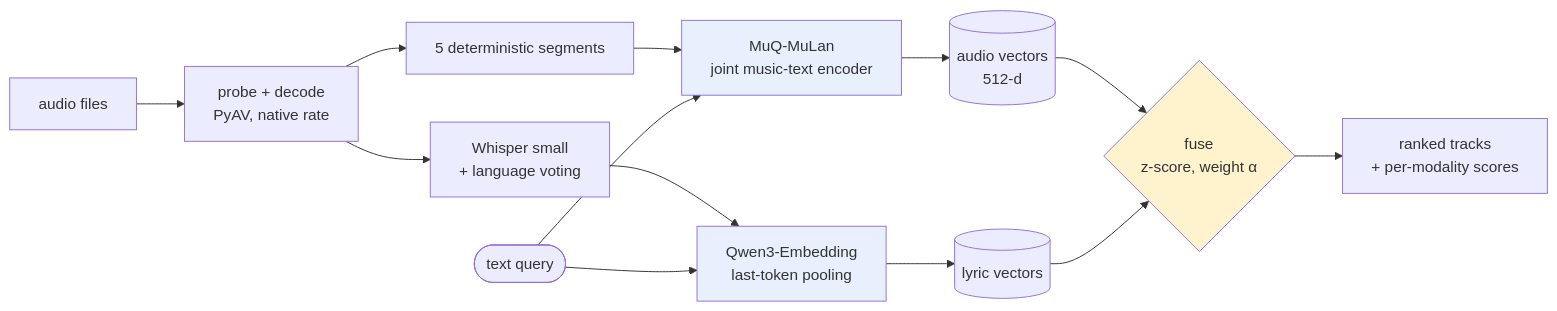
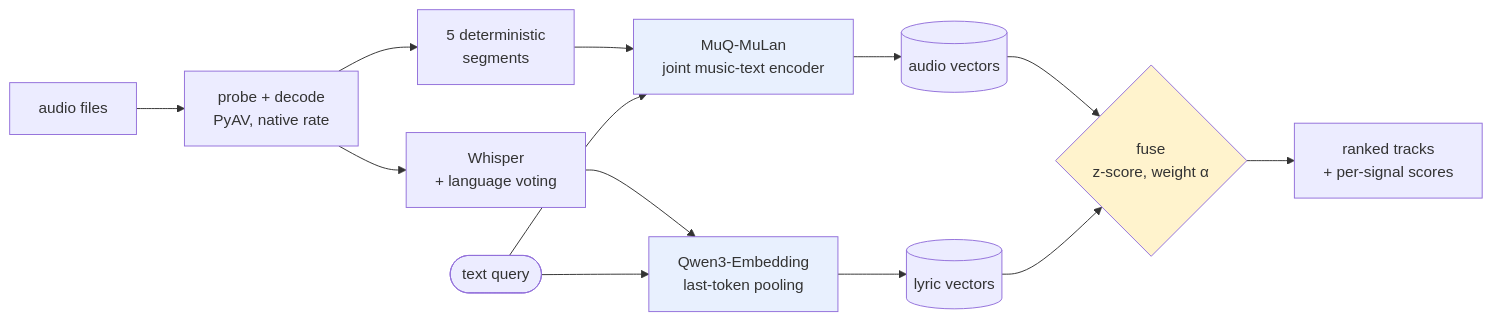
The diagram in README.md (hgn2108/aux), drawn with Mermaid before and after one commit. The commit also changed other lines of this file and 1 other file, not shown here.

````diff
--- a/README.md
+++ b/README.md
@@ -99,22 +115,22 @@
 ```mermaid
 flowchart LR
     A[audio files] --> B[probe + decode<br/>PyAV, native rate]
-    B --> C[5 deterministic segments]
+    B --> C[5 deterministic<br/>segments]
     C --> D[MuQ-MuLan<br/>joint music-text encoder]
-    D --> E[(audio vectors<br/>512-d)]
+    D --> E[(audio vectors)]
 
-    B --> F[Whisper small<br/>+ language voting]
+    B --> F[Whisper<br/>+ language voting]
     F --> G[Qwen3-Embedding<br/>last-token pooling]
     G --> H[(lyric vectors)]
 
     I([text query]) --> D
     I --> G
 
     E --> J{fuse<br/>z-score, weight α}
     H --> J
-    J --> K[ranked tracks<br/>+ per-modality scores]
+    J --> K[ranked tracks<br/>+ per-signal scores]
 
     style D fill:#e8f0fe
     style G fill:#e8f0fe
     style J fill:#fff3cd
 ```
````
